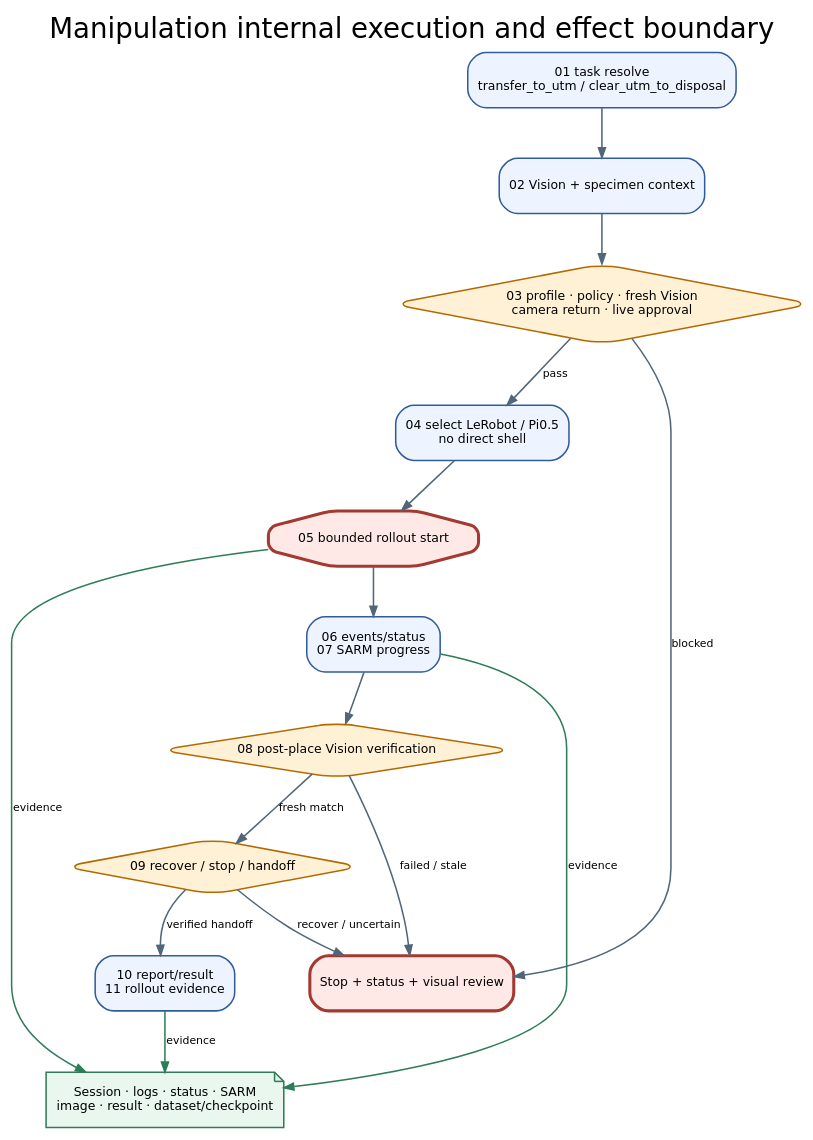
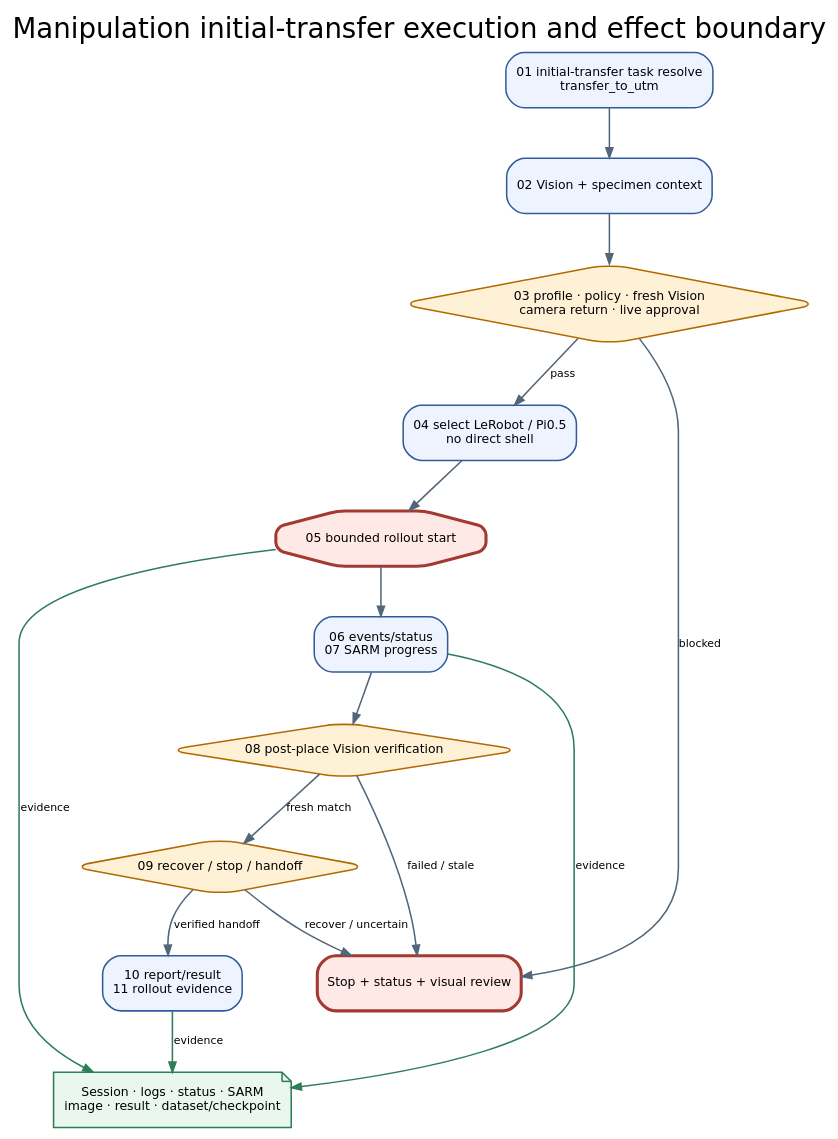
One commit to JIN9811/autonomous_researcher changed the diagram in docs/agents/assets/figures/manipulation_02_execution_effect_boundary.dot. Above: the diagram before and after it, drawn with Graphviz. The commit also changed 127 other files, not shown here.

```diff
--- a/docs/agents/assets/figures/manipulation_02_execution_effect_boundary.dot
+++ b/docs/agents/assets/figures/manipulation_02_execution_effect_boundary.dot
@@ -1,27 +1,27 @@
 digraph manipulation_execution_effect_boundary {
-  graph [rankdir=TB, bgcolor="transparent", pad="0.25", nodesep="0.30", ranksep="0.43", fontname="DejaVu Sans", label="Manipulation internal execution and effect boundary", labelloc="t", fontsize=18];
+  graph [rankdir=TB, bgcolor="transparent", pad="0.25", nodesep="0.30", ranksep="0.43", fontname="DejaVu Sans", label="Manipulation initial-transfer execution and effect boundary", labelloc="t", fontsize=18];
   node [shape=box, style="rounded,filled", fillcolor="#EEF4FF", color="#315C9B", fontname="DejaVu Sans", fontsize=8.1, margin="0.09,0.06"];
   edge [color="#52667A", fontname="DejaVu Sans", fontsize=7.1, arrowsize=0.65];
-  resolve [label="01 task resolve\ntransfer_to_utm / clear_utm_to_disposal"];
+  resolve [label="01 initial-transfer task resolve\ntransfer_to_utm"];
   context [label="02 Vision + specimen context"];
   gate [label="03 profile · policy · fresh Vision\ncamera return · live approval", shape=diamond, fillcolor="#FFF1D6", color="#B26A00"];
   backend [label="04 select LeRobot / Pi0.5\nno direct shell"];
   rollout [label="05 bounded rollout start", shape=octagon, fillcolor="#FFE9E7", color="#A33A32", penwidth=2];
   monitor [label="06 events/status\n07 SARM progress"];
   verify [label="08 post-place Vision verification", shape=diamond, fillcolor="#FFF1D6", color="#B26A00"];
   decide [label="09 recover / stop / handoff", shape=diamond, fillcolor="#FFF1D6", color="#B26A00"];
   report [label="10 report/result\n11 rollout evidence"];
   evidence [label="Session · logs · status · SARM\nimage · result · dataset/checkpoint", shape=note, fillcolor="#E9F7EF", color="#2E7D59"];
   stop [label="Stop + status + visual review", fillcolor="#FFE9E7", color="#A33A32", penwidth=2];
   resolve -> context -> gate;
   gate -> backend [label="pass"];
   gate -> stop [label="blocked"];
   backend -> rollout -> monitor -> verify;
   verify -> decide [label="fresh match"];
   verify -> stop [label="failed / stale"];
   decide -> report [label="verified handoff"];
   decide -> stop [label="recover / uncertain"];
   rollout -> evidence [label="evidence", color="#2E7D59"];
   monitor -> evidence [label="evidence", color="#2E7D59"];
   report -> evidence [label="evidence", color="#2E7D59"];
 }
```
